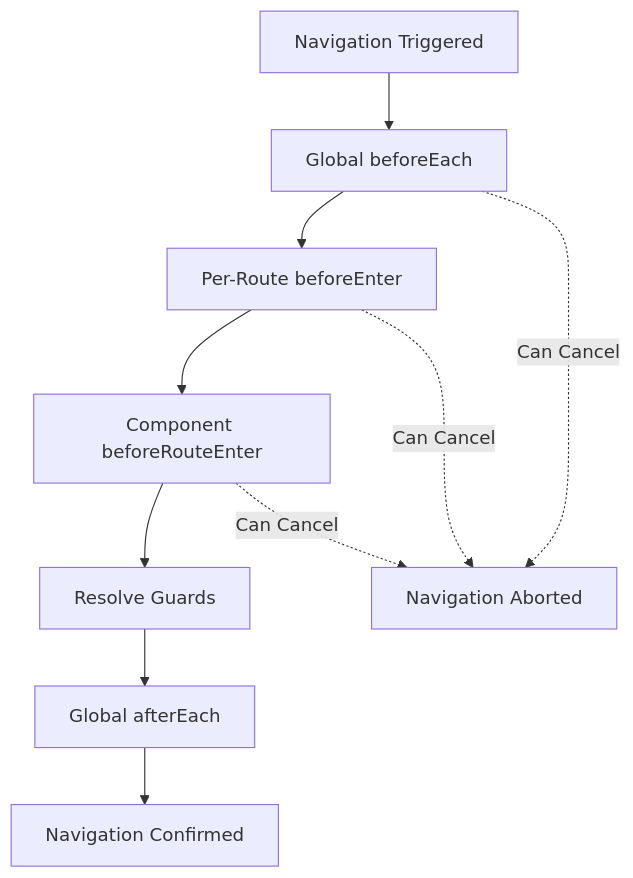
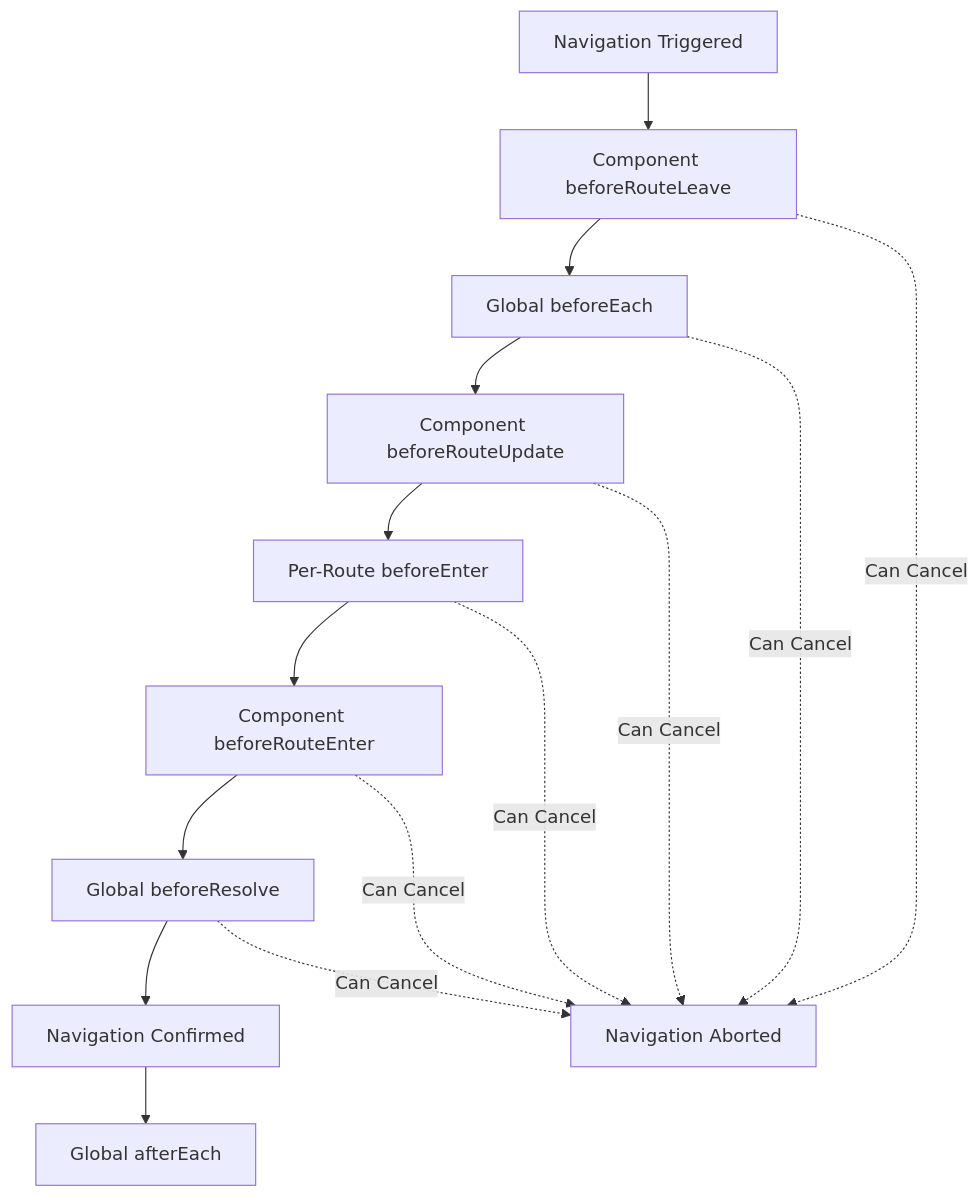
One commit to OneUptime/blog changed the first of 2 diagrams in posts/2026-01-24-vue-router-navigation-guards/README.md. Above: the diagram before and after it, drawn with Mermaid. The commit also changed other lines of this file and 876 other files, not shown here.

````diff
--- a/posts/2026-01-24-vue-router-navigation-guards/README.md
+++ b/posts/2026-01-24-vue-router-navigation-guards/README.md
@@ -21,13 +21,18 @@
 ```mermaid
 flowchart TD
-    A[Navigation Triggered] --> B[Global beforeEach]
-    B --> C[Per-Route beforeEnter]
-    C --> D[Component beforeRouteEnter]
-    D --> E[Resolve Guards]
-    E --> F[Global afterEach]
-    F --> G[Navigation Confirmed]
+    A[Navigation Triggered] --> B[Component beforeRouteLeave]
+    B --> C[Global beforeEach]
+    C --> D[Component beforeRouteUpdate]
+    D --> E[Per-Route beforeEnter]
+    E --> F[Component beforeRouteEnter]
+    F --> G[Global beforeResolve]
+    G --> H[Navigation Confirmed]
+    H --> I[Global afterEach]
 
-    B -.->|Can Cancel| H[Navigation Aborted]
-    C -.->|Can Cancel| H
-    D -.->|Can Cancel| H
+    B -.->|Can Cancel| J[Navigation Aborted]
+    C -.->|Can Cancel| J
+    D -.->|Can Cancel| J
+    E -.->|Can Cancel| J
+    F -.->|Can Cancel| J
+    G -.->|Can Cancel| J
 ```
````
